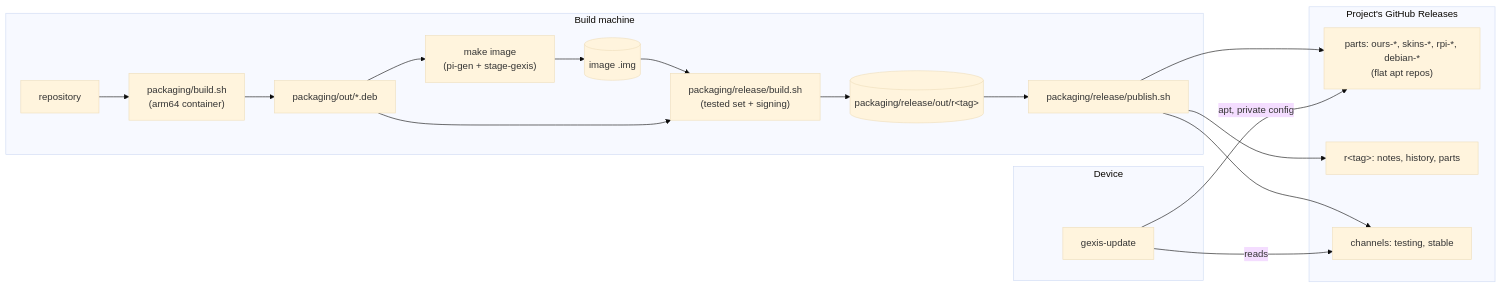
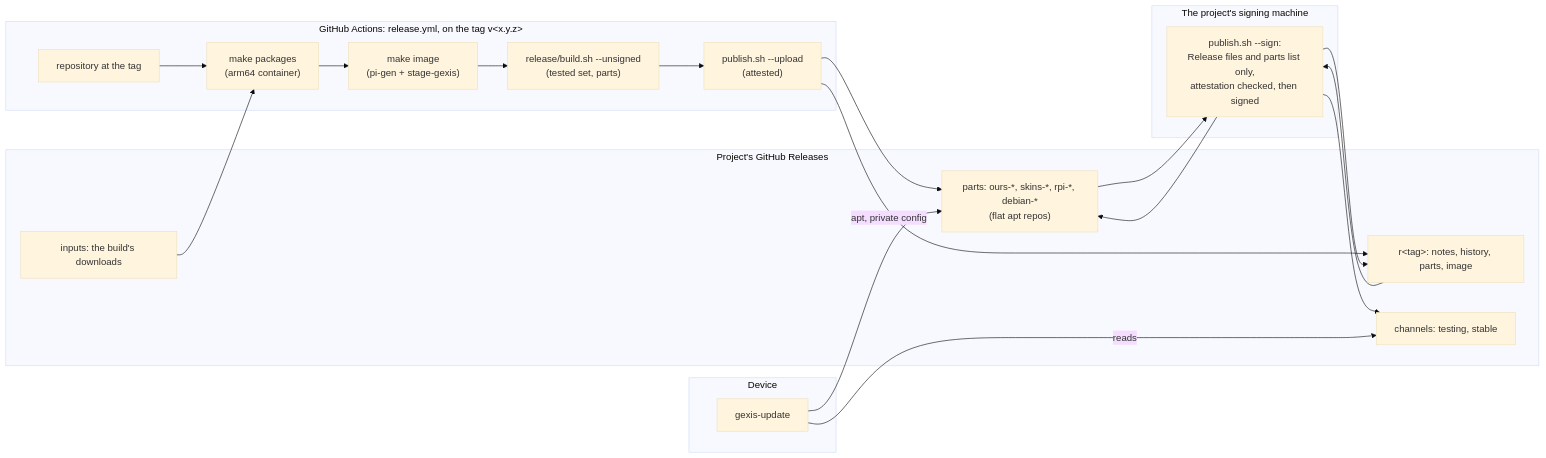
Before and after one commit to gcarstoiu/gexis-player: the first of 5 diagrams in docs/tech/updates-and-releases.md, drawn with Mermaid (base theme). The commit also changed other lines of this file and 1 other file, not shown here.

Commit message:
Releases built on GitHub in the technical guide and BUILD-TRAPS (ADR-0173): the steps, the diagrams, previews, the local fallback

````diff
--- a/docs/tech/updates-and-releases.md
+++ b/docs/tech/updates-and-releases.md
@@ -18,23 +20,26 @@
 ```mermaid
 flowchart LR
-    subgraph dev["Build machine"]
-        src[repository] --> pk["packaging/build.sh<br/>(arm64 container)"]
-        pk --> out[packaging/out/*.deb]
-        out --> img["make image<br/>(pi-gen + stage-gexis)"]
-        img --> image[(image .img)]
-        image --> rb["packaging/release/build.sh<br/>(tested set + signing)"]
-        out --> rb
-        rb --> rel[(packaging/release/out/r&lt;tag&gt;)]
-        rel --> pub["packaging/release/publish.sh"]
+    subgraph ci["GitHub Actions: release.yml, on the tag v&lt;x.y.z&gt;"]
+        src[repository at the tag] --> pk["make packages<br/>(arm64 container)"]
+        pk --> img["make image<br/>(pi-gen + stage-gexis)"]
+        img --> rb["release/build.sh --unsigned<br/>(tested set, parts)"]
+        rb --> up["publish.sh --upload<br/>(attested)"]
     end
     subgraph gh["Project's GitHub Releases"]
+        in["inputs: the build's downloads"]
         parts["parts: ours-*, skins-*, rpi-*, debian-*<br/>(flat apt repos)"]
-        page["r&lt;tag&gt;: notes, history, parts"]
+        page["r&lt;tag&gt;: notes, history, parts, image"]
         ch["channels: testing, stable"]
     end
-    pub --> parts & page & ch
+    in --> pk
+    up --> parts & page
+    subgraph key["The project's signing machine"]
+        sg["publish.sh --sign:<br/>Release files and parts list only,<br/>attestation checked, then signed"]
+    end
+    parts & page --> sg
+    sg --> parts & page & ch
     subgraph dev2["Device"]
         upd[gexis-update] -->|reads| ch
         upd -->|apt, private config| parts
     end
 ```
````
